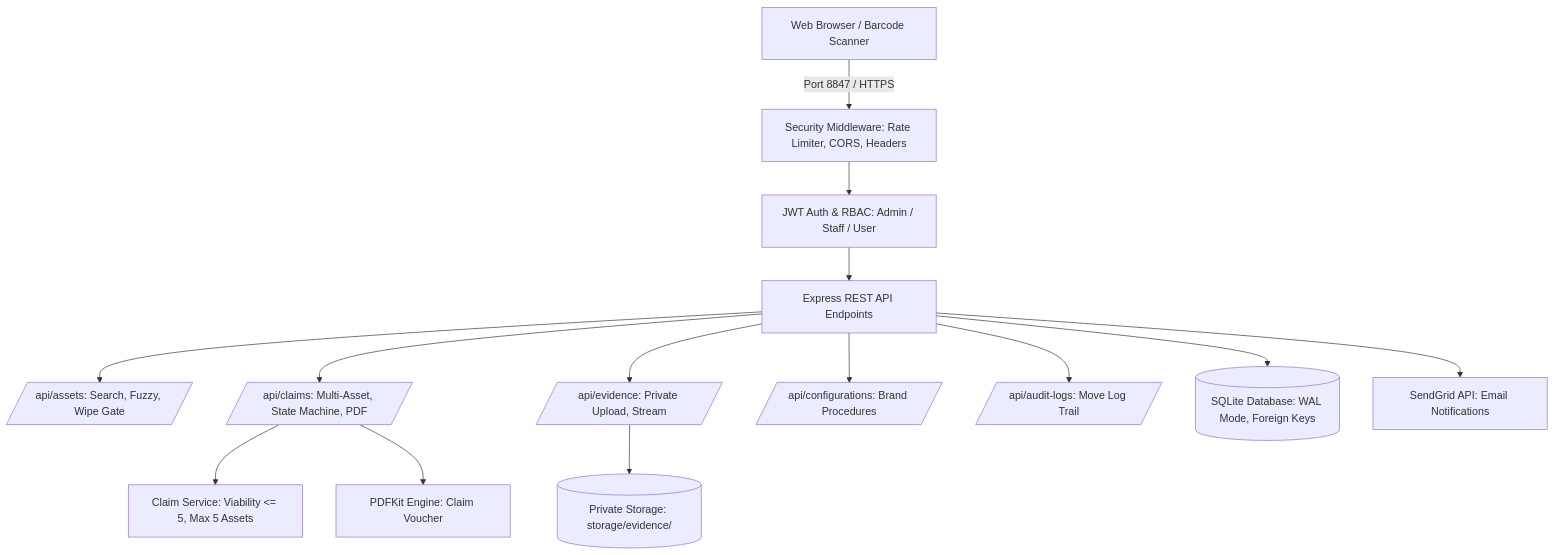
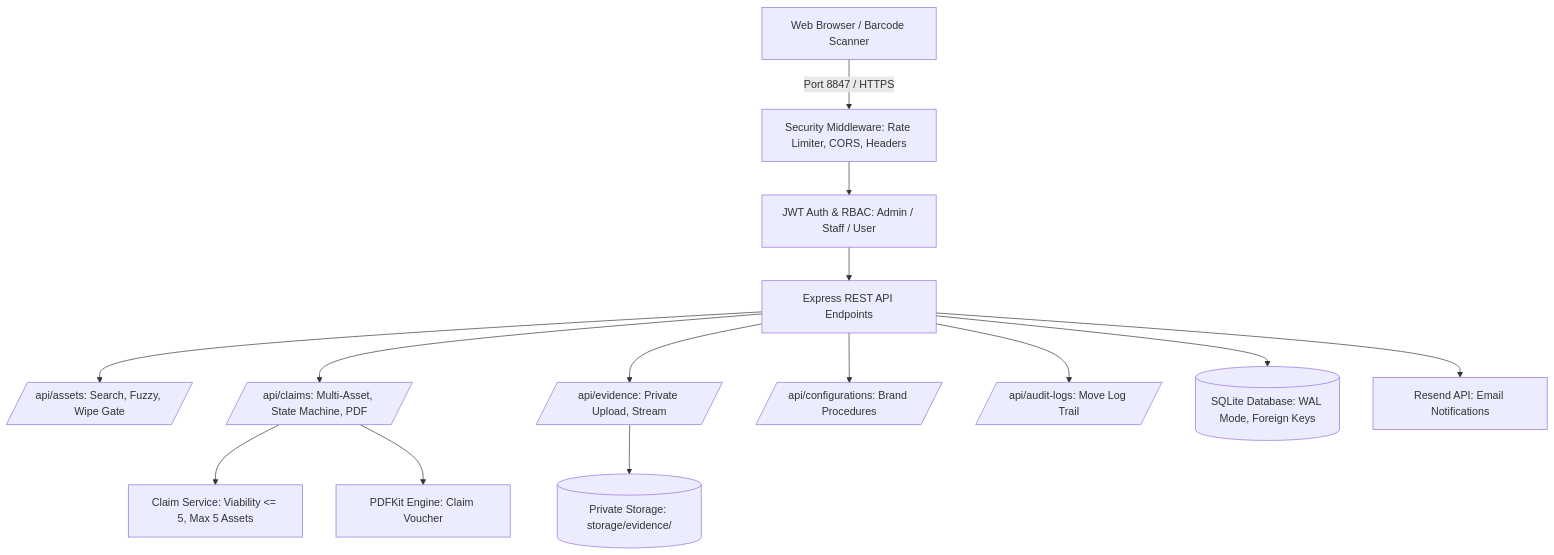
The first of 2 diagrams in README.md (pinkybhattarai1-creator/claimIT), drawn with Mermaid before and after one commit. The commit also changed other lines of this file and 25 other files, not shown here.

````diff
--- a/README.md
+++ b/README.md
@@ -19,18 +19,18 @@
 ```mermaid
 graph TD
     Client[Web Browser / Barcode Scanner] -->|Port 8847 / HTTPS| SecMW[Security Middleware: Rate Limiter, CORS, Headers]
     SecMW --> Auth[JWT Auth & RBAC: Admin / Staff / User]
     Auth --> API[Express REST API Endpoints]
     
     API --> AssetRoute[/api/assets: Search, Fuzzy, Wipe Gate/]
     API --> ClaimRoute[/api/claims: Multi-Asset, State Machine, PDF/]
     API --> EvidenceRoute[/api/evidence: Private Upload, Stream/]
     API --> ConfigRoute[/api/configurations: Brand Procedures/]
     API --> AuditRoute[/api/audit-logs: Move Log Trail/]
     
     ClaimRoute --> ClaimService[Claim Service: Viability <= 5, Max 5 Assets]
     ClaimRoute --> PDFEngine[PDFKit Engine: Claim Voucher]
     EvidenceRoute --> PrivStorage[(Private Storage: storage/evidence/)]
     API --> DB[(SQLite Database: WAL Mode, Foreign Keys)]
-    API --> SendGrid[SendGrid API: Email Notifications]
+    API --> Resend[Resend API: Email Notifications]
 ```
````
